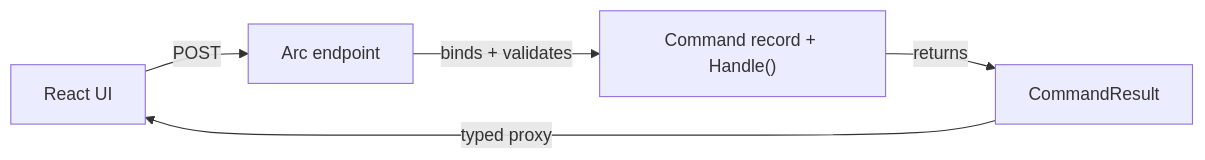
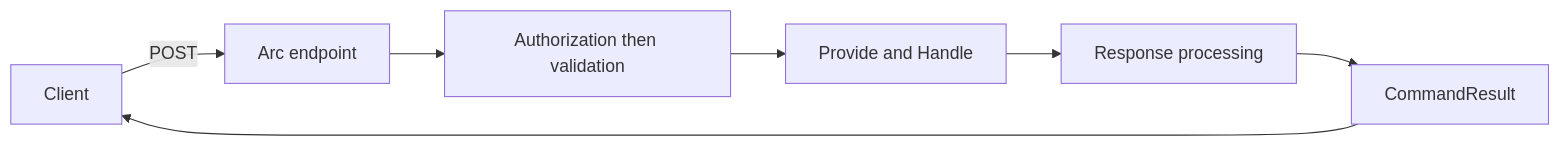
The diagram in Documentation/backend/commands/index.md (Cratis/Arc), drawn with Mermaid before and after one commit. The commit also changed other lines of this file and 272 other files, not shown here.

````diff
--- a/Documentation/backend/commands/index.md
+++ b/Documentation/backend/commands/index.md
@@ -9,7 +10,9 @@
 ```mermaid
 flowchart LR
-    UI[React UI] -->|POST| EP[Arc endpoint]
-    EP -->|binds + validates| CMD["Command record + Handle()"]
-    CMD -->|returns| R[CommandResult]
-    R -->|typed proxy| UI
+    UI[Client] -->|POST| EP[Arc endpoint]
+    EP --> A[Authorization then validation]
+    A --> H[Provide and Handle]
+    H --> V[Response processing]
+    V --> R[CommandResult]
+    R --> UI
 ```
````
